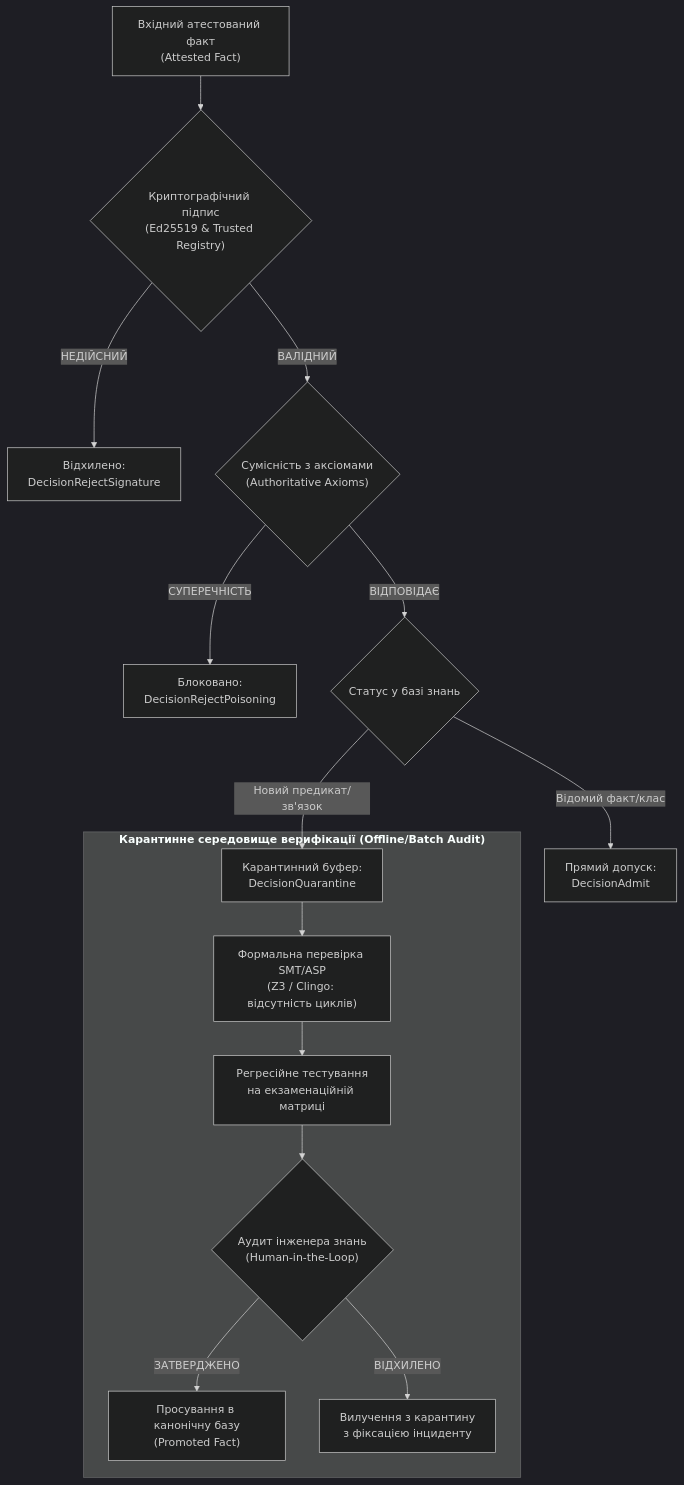
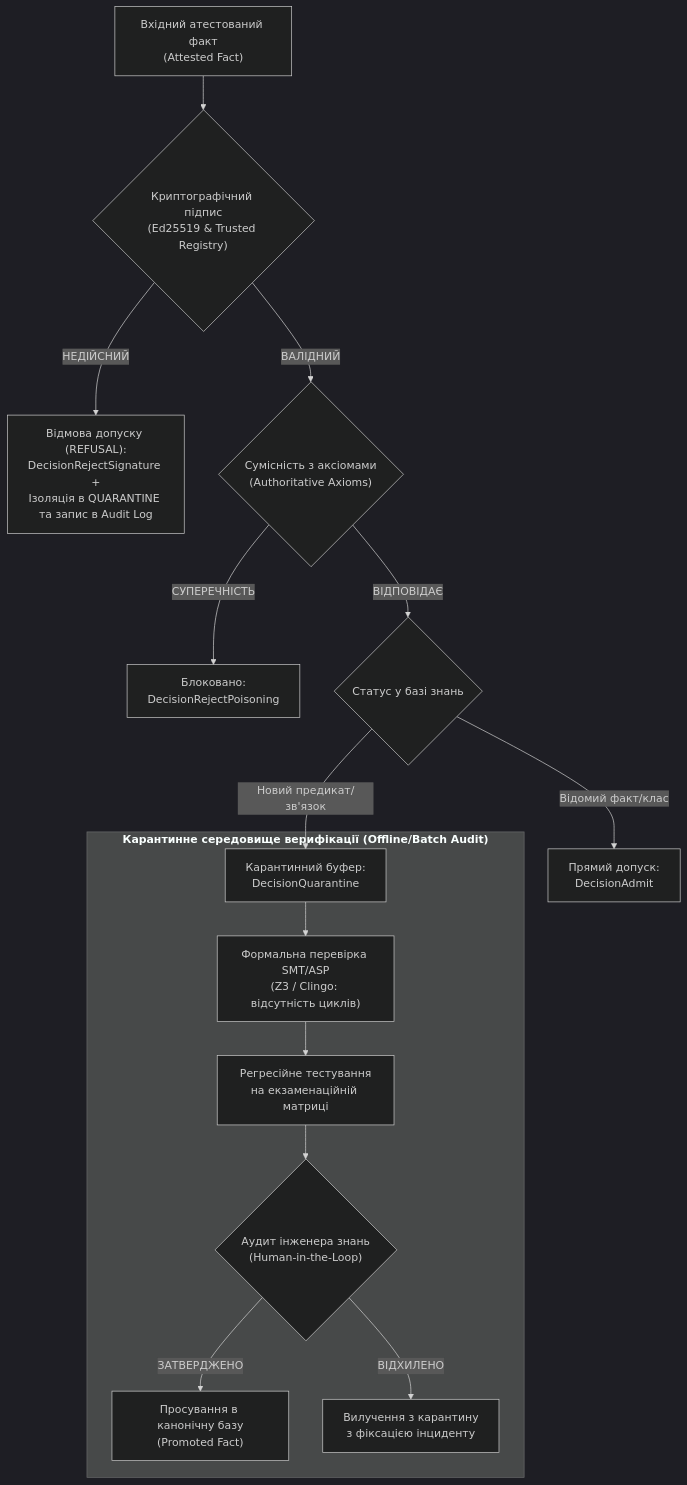
The fifth of 5 diagrams in ExpertSystem/ch33-inter-system-knowledge-exchange-and-model-teaching.md (nick-fedchik/articles), drawn with Mermaid (dark theme) before and after one commit. The commit also changed other lines of this file and 375 other files, not shown here.

````diff
--- a/ExpertSystem/ch33-inter-system-knowledge-exchange-and-model-teaching.md
+++ b/ExpertSystem/ch33-inter-system-knowledge-exchange-and-model-teaching.md
@@ -548,23 +548,23 @@
 ```mermaid
 flowchart TD
     accTitle: Шлюз вхідного контролю та карантин фактів
-    accDescr: Перевірка підпису, аксіом та поміщення невідомих предикатів у карантин для офлайн-верифікації.
+    accDescr: Перевірка підпису (з відмовою REFUSAL, ізоляцією в QUARANTINE і записом у журнал аудиту при недійсному підписі), перевірка аксіом та поміщення невідомих предикатів у карантин для офлайн-верифікації.
 
     IN["Вхідний атестований факт<br/>(Attested Fact)"] --> C1{"Криптографічний підпис<br/>(Ed25519 & Trusted Registry)"}
-    C1 -->|НЕДІЙСНИЙ| REJ_SIG["Відхилено:<br/>DecisionRejectSignature"]
+    C1 -->|НЕДІЙСНИЙ| REJ_SIG["Відмова допуску (REFUSAL):<br/>DecisionRejectSignature +<br/>Ізоляція в QUARANTINE та запис в Audit Log"]
     C1 -->|ВАЛІДНИЙ| C2{"Сумісність з аксіомами<br/>(Authoritative Axioms)"}
     
     C2 -->|СУПЕРЕЧНІСТЬ| REJ_POI["Блоковано:<br/>DecisionRejectPoisoning"]
     C2 -->|ВІДПОВІДАЄ| C3{"Статус у базі знань"}
     
     C3 -->|Відомий факт/клас| ADMIT["Прямий допуск:<br/>DecisionAdmit"]
     C3 -->|Новий предикат/зв'язок| QUAR["Карантинний буфер:<br/>DecisionQuarantine"]
     
     subgraph Quarantine["<b>Карантинне середовище верифікації (Offline/Batch Audit)</b>"]
         QUAR --> SMT["Формальна перевірка SMT/ASP<br/>(Z3 / Clingo: відсутність циклів)"]
         SMT --> REG["Регресійне тестування<br/>на екзаменаційній матриці"]
         REG --> HITL{"Аудит інженера знань<br/>(Human-in-the-Loop)"}
         HITL -->|ЗАТВЕРДЖЕНО| PROMOTE["Просування в канонічну базу<br/>(Promoted Fact)"]
         HITL -->|ВІДХИЛЕНО| PURGE["Вилучення з карантину<br/>з фіксацією інциденту"]
     end
 ```
````
